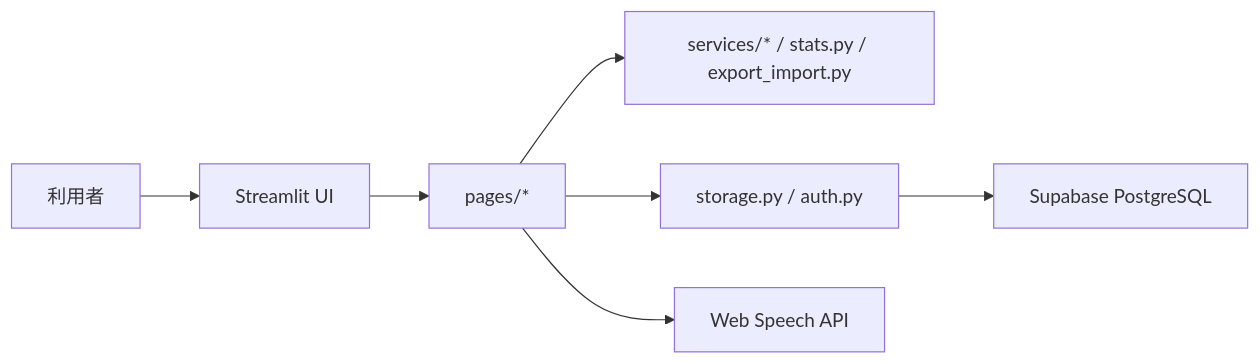
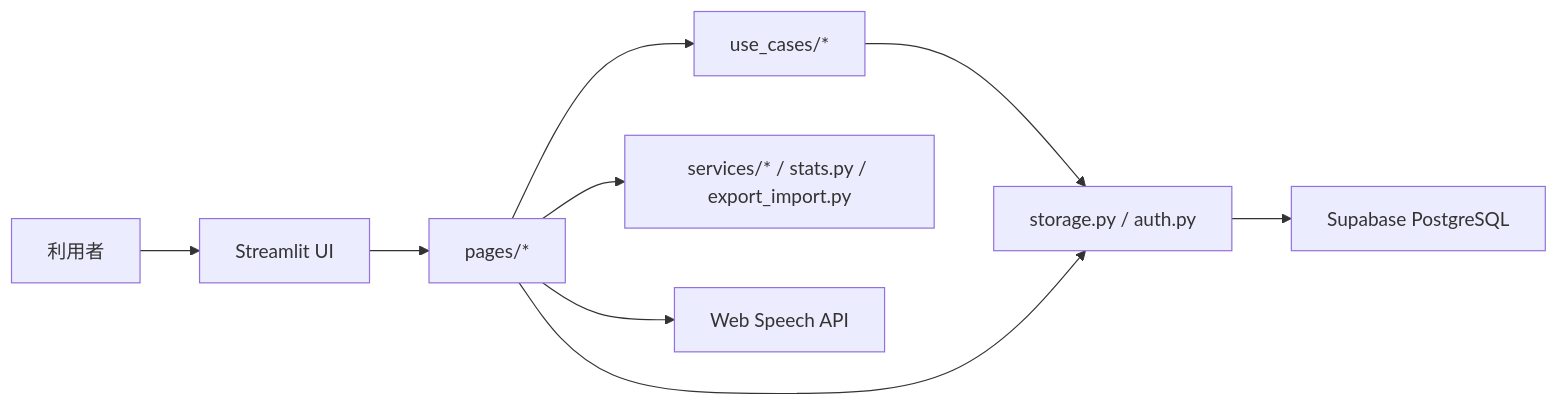
The diagram in ARCHITECTURE.md (shusuke-appdev/AI-powered-memorization-app), drawn with Mermaid before and after one commit. The commit also changed other lines of this file and 27 other files, not shown here.

````diff
--- a/ARCHITECTURE.md
+++ b/ARCHITECTURE.md
@@ -7,9 +7,11 @@
 ```mermaid
 flowchart LR
     User["利用者"] --> Streamlit["Streamlit UI"]
     Streamlit --> Pages["pages/*"]
+    Pages --> UseCases["use_cases/*"]
     Pages --> Services["services/* / stats.py / export_import.py"]
-    Pages --> Storage["storage.py / auth.py"]
+    UseCases --> Storage["storage.py / auth.py"]
+    Pages --> Storage
     Storage --> DB["Supabase PostgreSQL"]
     Pages --> BrowserSpeech["Web Speech API"]
 ```
````
